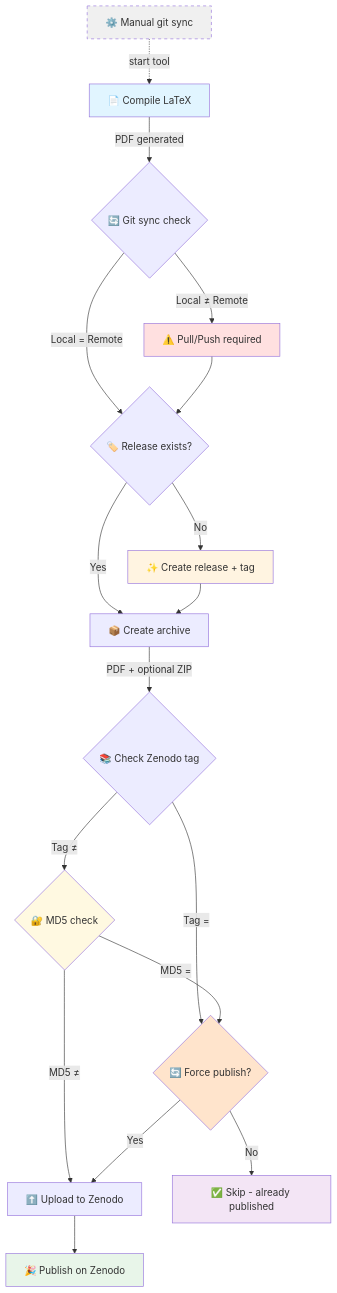
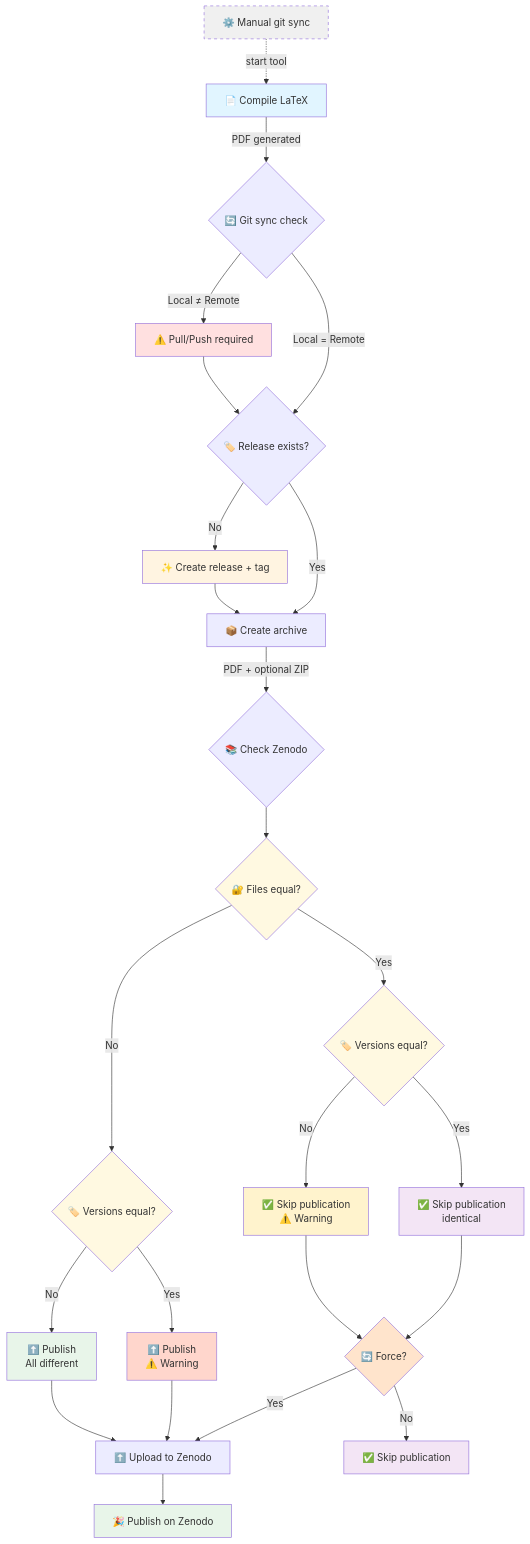
Before and after one commit to weberBen/publisher: the diagram in README.md, drawn with Mermaid.

````diff
--- a/README.md
+++ b/README.md
@@ -20,28 +20,41 @@
 ```mermaid
 graph TD
     Z[⚙️ Manual git sync] -.->|start tool| A
     A[📄 Compile LaTeX] -->|PDF generated| B{🔄 Git sync check}
     B -->|Local ≠ Remote| C[⚠️ Pull/Push required]
     B -->|Local = Remote| D{🏷️ Release exists?}
     C --> D
     D -->|No| E[✨ Create release + tag]
     D -->|Yes| F[📦 Create archive]
     E --> F
-    F -->|PDF + optional ZIP| G{📚 Check Zenodo tag}
-    G -->|Tag ≠| H{🔐 MD5 check}
-    G -->|Tag =| I{🔄 Force publish?}
-    H -->|MD5 ≠| J[⬆️ Upload to Zenodo]
-    H -->|MD5 =| I
-    I -->|No| K[✅ Skip - already published]
-    I -->|Yes| J
-    J --> L[🎉 Publish on Zenodo]
+    F -->|PDF + optional ZIP| G{📚 Check Zenodo}
+    G --> H{🔐 Files equal?}
+    H -->|Yes| I{🏷️ Versions equal?}
+    H -->|No| J{🏷️ Versions equal?}
+    I -->|Yes| K[✅ Skip publication <br/> identical]
+    I -->|No| L[✅ Skip publication <br/>⚠️ Warning]
+    J -->|Yes| M[⬆️ Publish <br/>⚠️ Warning]
+    J -->|No| N[⬆️ Publish <br/> All different]
+    K --> O{🔄 Force?}
+    L --> O
+    O -->|Yes| P[⬆️ Upload to Zenodo]
+    O -->|No| Q[✅ Skip publication]
+    M --> P
+    N --> P
+    P --> R[🎉 Publish on Zenodo]
     
     style Z fill:#f0f0f0,stroke-dasharray: 5 5
     style A fill:#e1f5ff
     style E fill:#fff4e1
-    style L fill:#e8f5e9
+    style R fill:#e8f5e9
+    style Q fill:#f3e5f5
     style K fill:#f3e5f5
+    style L fill:#fff3cd
     style C fill:#ffe0e0
     style H fill:#fff9e1
-    style I fill:#ffe4cc
+    style I fill:#fff9e1
+    style J fill:#fff9e1
+    style M fill:#ffd6cc
+    style N fill:#e8f5e9
+    style O fill:#ffe4cc
 ```
````
